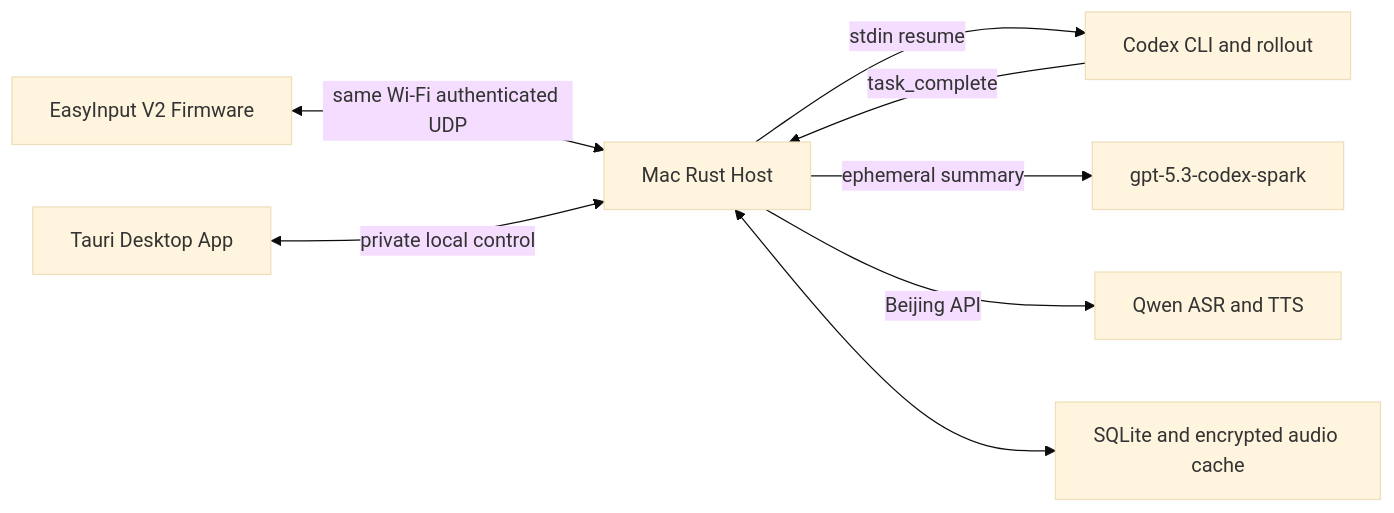
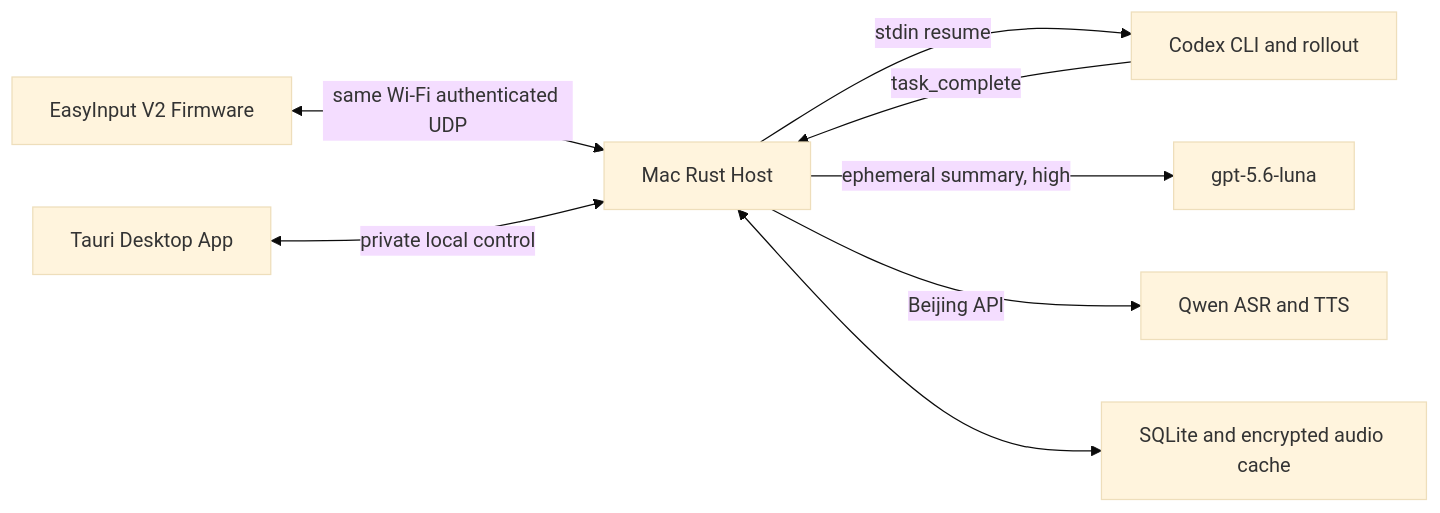
One commit to Larkspur-Wang/Codex_Keyboard changed the diagram in docs/总体方案.md. Above: the diagram before and after it, drawn with Mermaid (base theme). The commit also changed other lines of this file and 24 other files, not shown here.

````diff
--- a/docs/总体方案.md
+++ b/docs/总体方案.md
@@ -17,10 +17,10 @@
 ```mermaid
 flowchart LR
     K["EasyInput V2 Firmware"] <-->|"same Wi-Fi authenticated UDP"| H["Mac Rust Host"]
     U["Tauri Desktop App"] <-->|"private local control"| H
     H -->|"stdin resume"| C["Codex CLI and rollout"]
     C -->|"task_complete"| H
-    H -->|"ephemeral summary"| S["gpt-5.3-codex-spark"]
+    H -->|"ephemeral summary, high"| S["gpt-5.6-luna"]
     H -->|"Beijing API"| Q["Qwen ASR and TTS"]
     H <--> D["SQLite and encrypted audio cache"]
 ```
````
